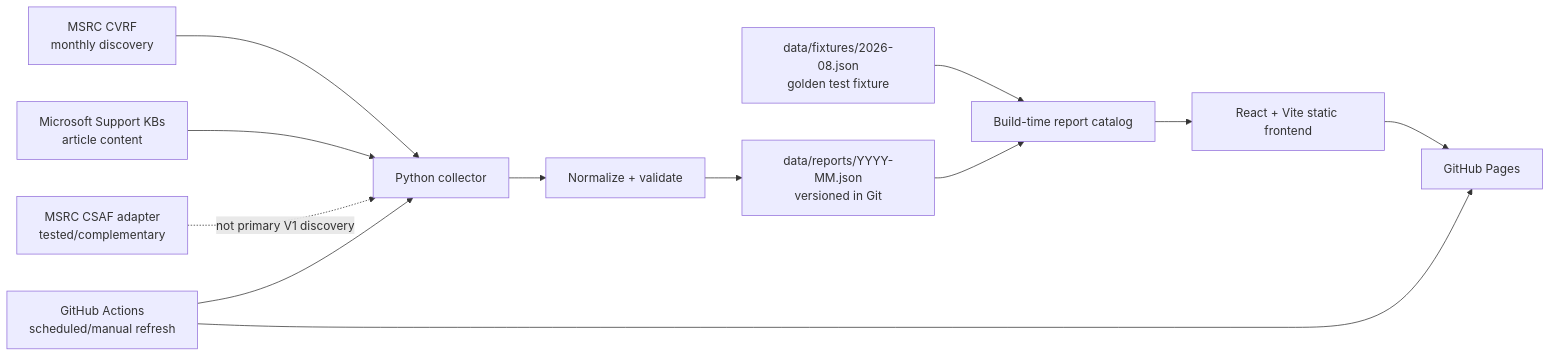
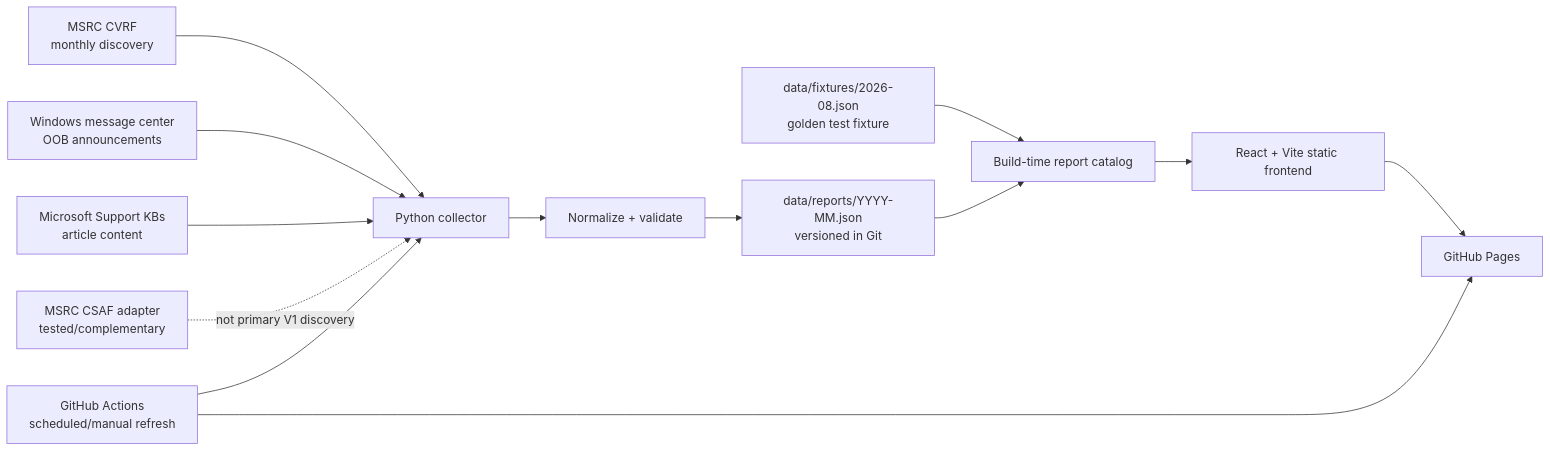
One commit to f4cus/windows-patch-dashboard changed the diagram in PROJECT.md. Above: the diagram before and after it, drawn with Mermaid. The commit also changed other lines of this file and 14 other files, not shown here.

````diff
--- a/PROJECT.md
+++ b/PROJECT.md
@@ -21,14 +21,15 @@
 ```mermaid
 flowchart LR
     CVRF[MSRC CVRF\nmonthly discovery] --> COL[Python collector]
+    HEALTH[Windows message center\nOOB announcements] --> COL
     SUP[Microsoft Support KBs\narticle content] --> COL
     CSAF[MSRC CSAF adapter\ntested/complementary] -. not primary V1 discovery .-> COL
     COL --> NORM[Normalize + validate]
     NORM --> REPORTS[data/reports/YYYY-MM.json\nversioned in Git]
     FIXTURE[data/fixtures/2026-08.json\ngolden test fixture] --> CAT[Build-time report catalog]
     REPORTS --> CAT
     CAT --> UI[React + Vite static frontend]
     UI --> PAGES[GitHub Pages]
     ACTIONS[GitHub Actions\nscheduled/manual refresh] --> COL
     ACTIONS --> PAGES
 ```
````
